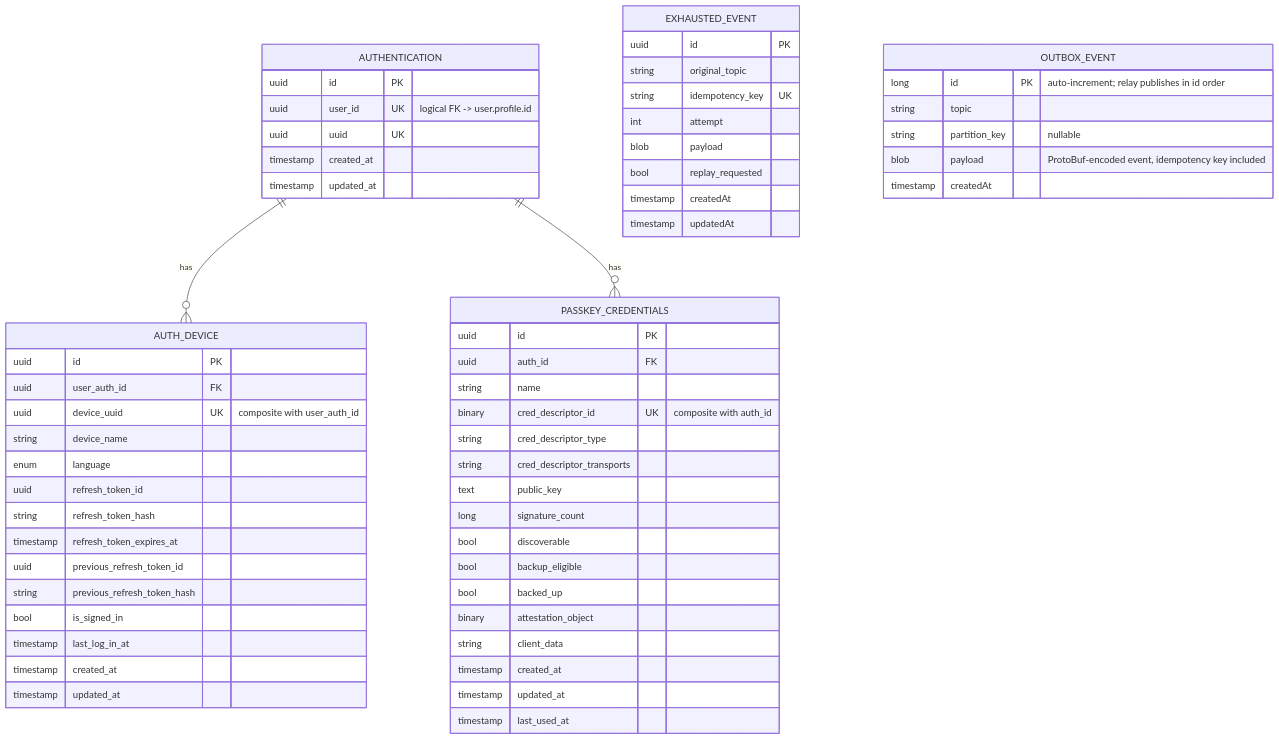
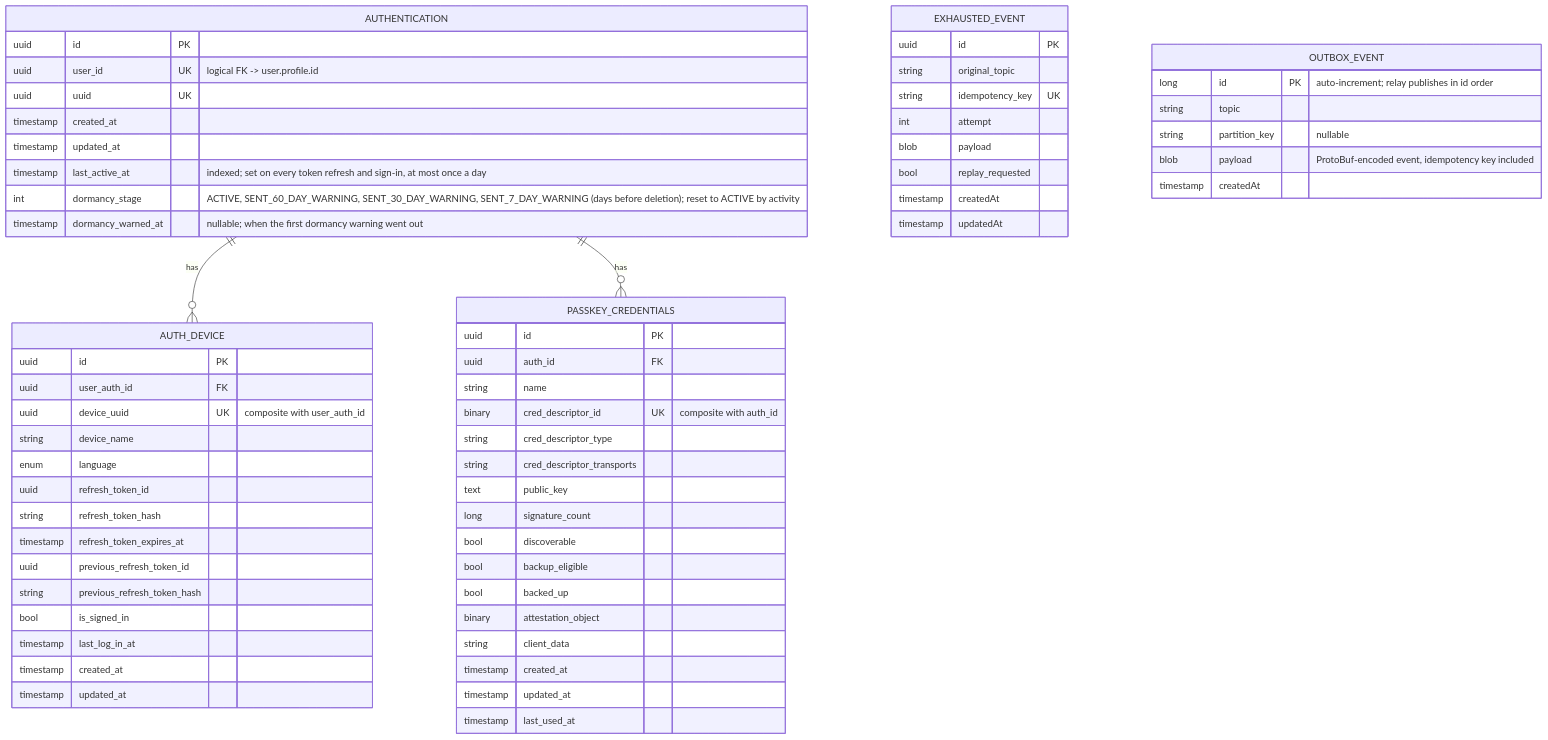
Before and after one commit to nocturneproperties/bookkme: the diagram in docs/database/authorization.md, drawn with Mermaid. The commit also changed 164 other files, not shown here.

````diff
--- a/docs/database/authorization.md
+++ b/docs/database/authorization.md
@@ -8,68 +8,71 @@
 ```mermaid
 erDiagram
     AUTHENTICATION ||--o{ AUTH_DEVICE : "has"
     AUTHENTICATION ||--o{ PASSKEY_CREDENTIALS : "has"
 
     AUTHENTICATION {
         uuid id PK
         uuid user_id UK "logical FK -> user.profile.id"
         uuid uuid UK
         timestamp created_at
         timestamp updated_at
+        timestamp last_active_at "indexed; set on every token refresh and sign-in, at most once a day"
+        int dormancy_stage "ACTIVE, SENT_60_DAY_WARNING, SENT_30_DAY_WARNING, SENT_7_DAY_WARNING (days before deletion); reset to ACTIVE by activity"
+        timestamp dormancy_warned_at "nullable; when the first dormancy warning went out"
     }
 
     AUTH_DEVICE {
         uuid id PK
         uuid user_auth_id FK
         uuid device_uuid UK "composite with user_auth_id"
         string device_name
         enum language
         uuid refresh_token_id
         string refresh_token_hash
         timestamp refresh_token_expires_at
         uuid previous_refresh_token_id
         string previous_refresh_token_hash
         bool is_signed_in
         timestamp last_log_in_at
         timestamp created_at
         timestamp updated_at
     }
 
     PASSKEY_CREDENTIALS {
         uuid id PK
         uuid auth_id FK
         string name
         binary cred_descriptor_id UK "composite with auth_id"
         string cred_descriptor_type
         string cred_descriptor_transports
         text public_key
         long signature_count
         bool discoverable
         bool backup_eligible
         bool backed_up
         binary attestation_object
         string client_data
         timestamp created_at
         timestamp updated_at
         timestamp last_used_at
     }
 
     EXHAUSTED_EVENT {
         uuid id PK
         string original_topic
         string idempotency_key UK
         int attempt
         blob payload
         bool replay_requested
         timestamp createdAt
         timestamp updatedAt
     }
 
     OUTBOX_EVENT {
         long id PK "auto-increment; relay publishes in id order"
         string topic
         string partition_key "nullable"
         blob payload "ProtoBuf-encoded event, idempotency key included"
         timestamp createdAt
     }
 ```
````
